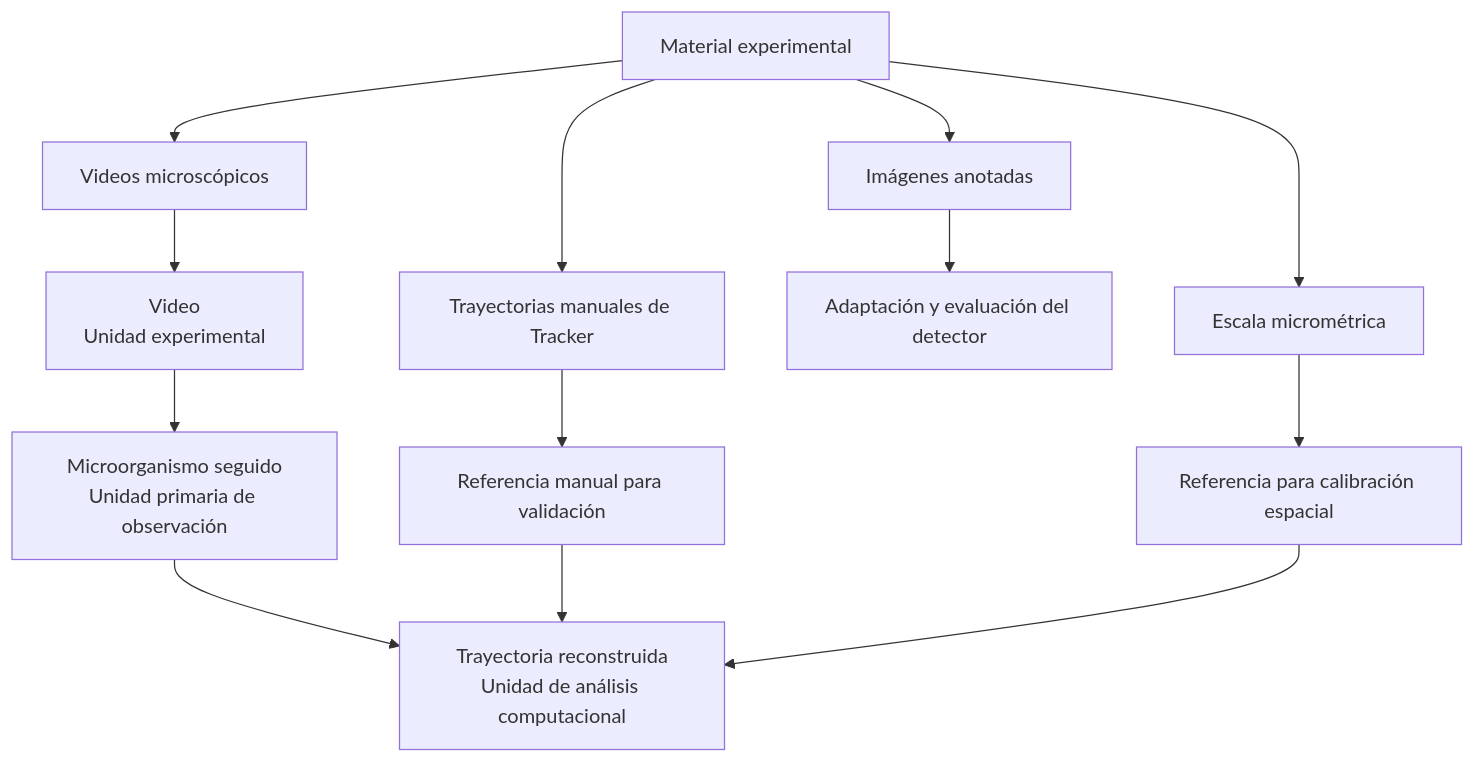
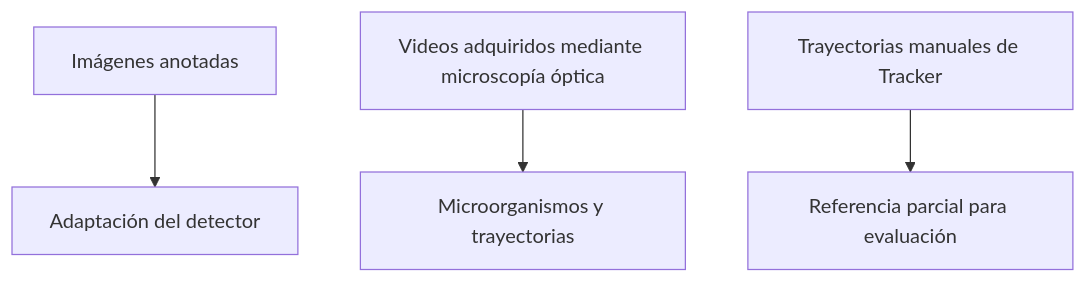
The diagram in figures/chapter04/fig04_02_datos_unidades.mmd (Alexiiuus/tesis-microorganismos), drawn with Mermaid before and after one commit. The commit also changed 17 other files, not shown here.

```diff
--- a/figures/chapter04/fig04_02_datos_unidades.mmd
+++ b/figures/chapter04/fig04_02_datos_unidades.mmd
@@ -1,19 +1,4 @@
 flowchart TD
-    A[Material experimental]
-
-    A --> B[Imágenes anotadas]
-    A --> C[Videos microscópicos]
-    A --> D[Trayectorias manuales de Tracker]
-    A --> E[Escala micrométrica]
-
-    B --> B1[Adaptación y evaluación del detector]
-
-    C --> C1[Video<br/>Unidad experimental]
-    C1 --> C2[Microorganismo seguido<br/>Unidad primaria de observación]
-    C2 --> C3[Trayectoria reconstruida<br/>Unidad de análisis computacional]
-
-    D --> D1[Referencia manual para validación]
-    D1 --> C3
-
-    E --> E1[Referencia para calibración espacial]
-    E1 --> C3
+    A["Imágenes anotadas"] --> B["Adaptación del detector"]
+    C["Videos adquiridos mediante microscopía óptica"] --> D["Microorganismos y trayectorias"]
+    E["Trayectorias manuales de Tracker"] --> F["Referencia parcial para evaluación"]
```
